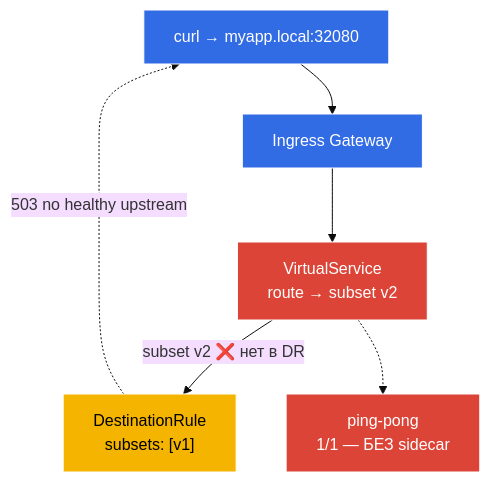
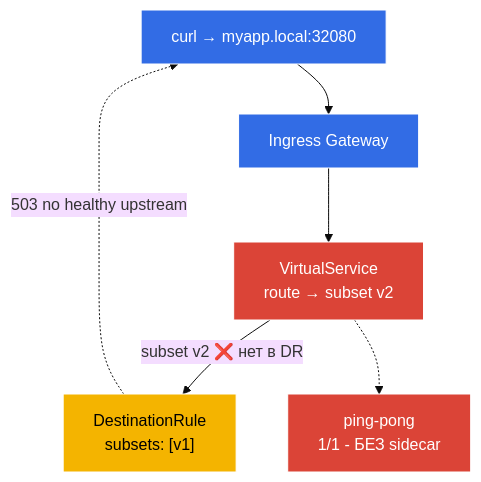
Before and after one commit to ViktorUJ/cks: the diagram in tasks/ica/labs/12/README_RU.MD, drawn with Mermaid (base theme). The commit also changed other lines of this file and 104 other files, not shown here.

````diff
--- a/tasks/ica/labs/12/README_RU.MD
+++ b/tasks/ica/labs/12/README_RU.MD
@@ -14,19 +14,19 @@
 ```mermaid
 flowchart TD
     Client["curl → myapp.local:32080"]
     GW["Ingress Gateway"]
     VS["VirtualService<br>route → subset v2"]
     DR["DestinationRule<br>subsets: [v1]"]
-    PP["ping-pong<br>1/1 — БЕЗ sidecar"]
+    PP["ping-pong<br>1/1 - БЕЗ sidecar"]
 
     Client --> GW --> VS
     VS -->|"subset v2 ❌ нет в DR"| DR
     DR -.->|"503 no healthy upstream"| Client
     VS -.-> PP
 
     style Client fill:#326ce5,stroke:#fff,color:#fff
     style GW fill:#326ce5,stroke:#fff,color:#fff
     style VS fill:#db4437,stroke:#fff,color:#fff
     style DR fill:#f4b400,stroke:#fff,color:#000
     style PP fill:#db4437,stroke:#fff,color:#fff
 ```
````
